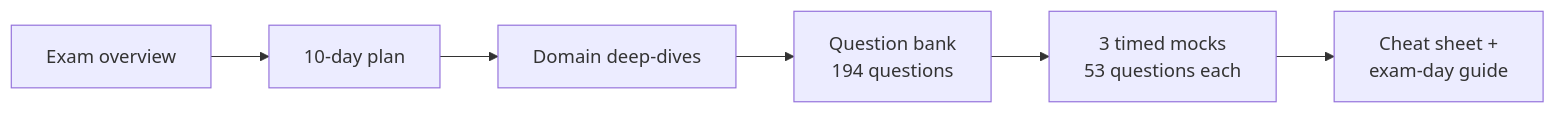
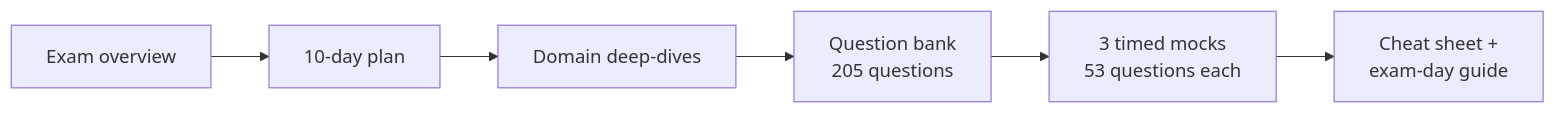
One commit to pabhinaw/claude-certification-hub changed the diagram in docs/developer/index.md. Above: the diagram before and after it, drawn with Mermaid. The commit also changed other lines of this file and 26 other files, not shown here.

````diff
--- a/docs/developer/index.md
+++ b/docs/developer/index.md
@@ -10,8 +10,8 @@
 ```mermaid
 flowchart LR
     A[Exam overview] --> B[10-day plan]
     B --> C[Domain deep-dives]
-    C --> D[Question bank<br/>194 questions]
+    C --> D[Question bank<br/>205 questions]
     D --> E[3 timed mocks<br/>53 questions each]
     E --> F[Cheat sheet +<br/>exam-day guide]
 ```
````
